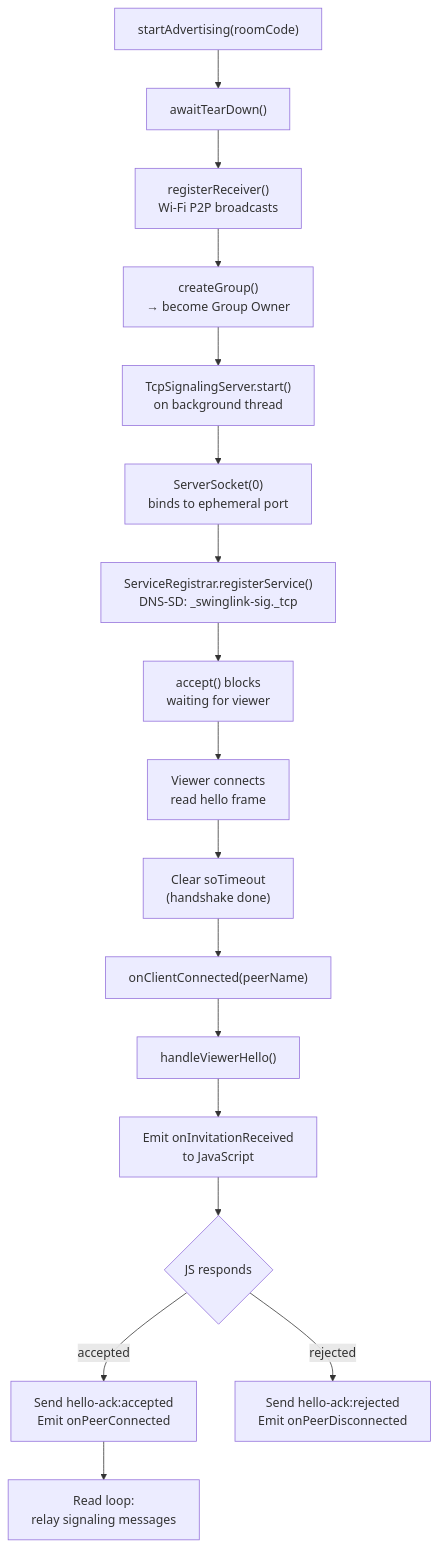
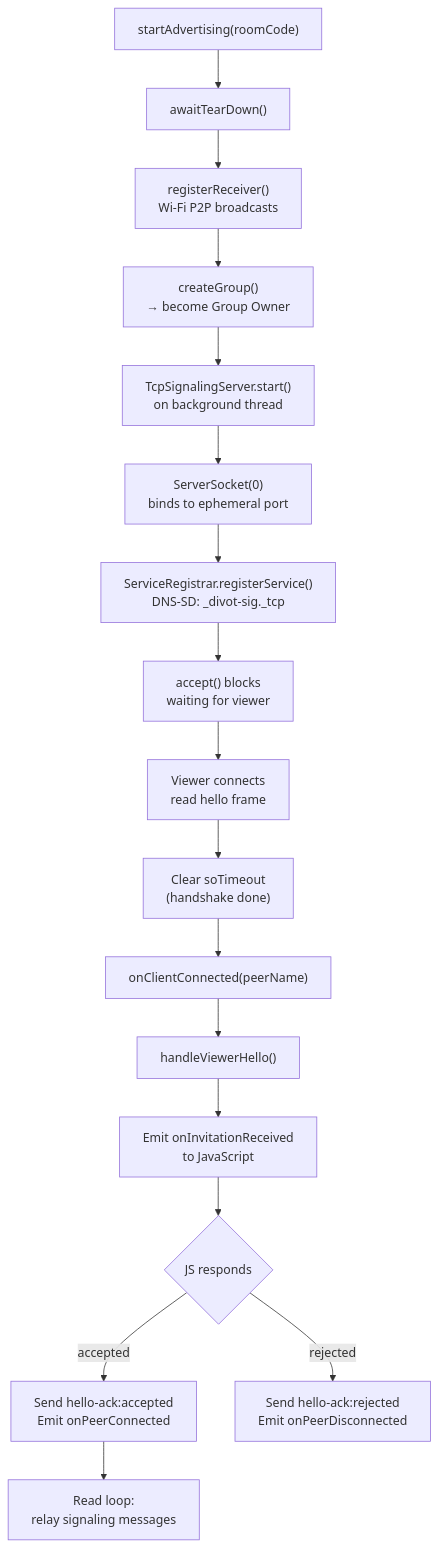
One commit to dough654/divot changed the tenth of 14 diagrams in docs/architecture/connection-flow-diagrams.md. Above: the diagram before and after it, drawn with Mermaid. The commit also changed other lines of this file and 138 other files, not shown here.

First line of the commit message:
Rename native modules and Android packages from swinglink to divot

````diff
--- a/docs/architecture/connection-flow-diagrams.md
+++ b/docs/architecture/connection-flow-diagrams.md
@@ -374,19 +374,19 @@
 ```mermaid
 graph TD
     A["startAdvertising(roomCode)"] --> B["awaitTearDown()"]
     B --> C["registerReceiver()<br/>Wi-Fi P2P broadcasts"]
     C --> D["createGroup()<br/>→ become Group Owner"]
     D --> E["TcpSignalingServer.start()<br/>on background thread"]
     E --> F["ServerSocket(0)<br/>binds to ephemeral port"]
-    F --> G["ServiceRegistrar.registerService()<br/>DNS-SD: _swinglink-sig._tcp"]
+    F --> G["ServiceRegistrar.registerService()<br/>DNS-SD: _divot-sig._tcp"]
     G --> H["accept() blocks<br/>waiting for viewer"]
     H --> I["Viewer connects<br/>read hello frame"]
     I --> J["Clear soTimeout<br/>(handshake done)"]
     J --> K["onClientConnected(peerName)"]
     K --> L["handleViewerHello()"]
     L --> M["Emit onInvitationReceived<br/>to JavaScript"]
     M --> N{"JS responds"}
     N -- "accepted" --> O["Send hello-ack:accepted<br/>Emit onPeerConnected"]
     N -- "rejected" --> P["Send hello-ack:rejected<br/>Emit onPeerDisconnected"]
     O --> Q["Read loop:<br/>relay signaling messages"]
 ```
````
